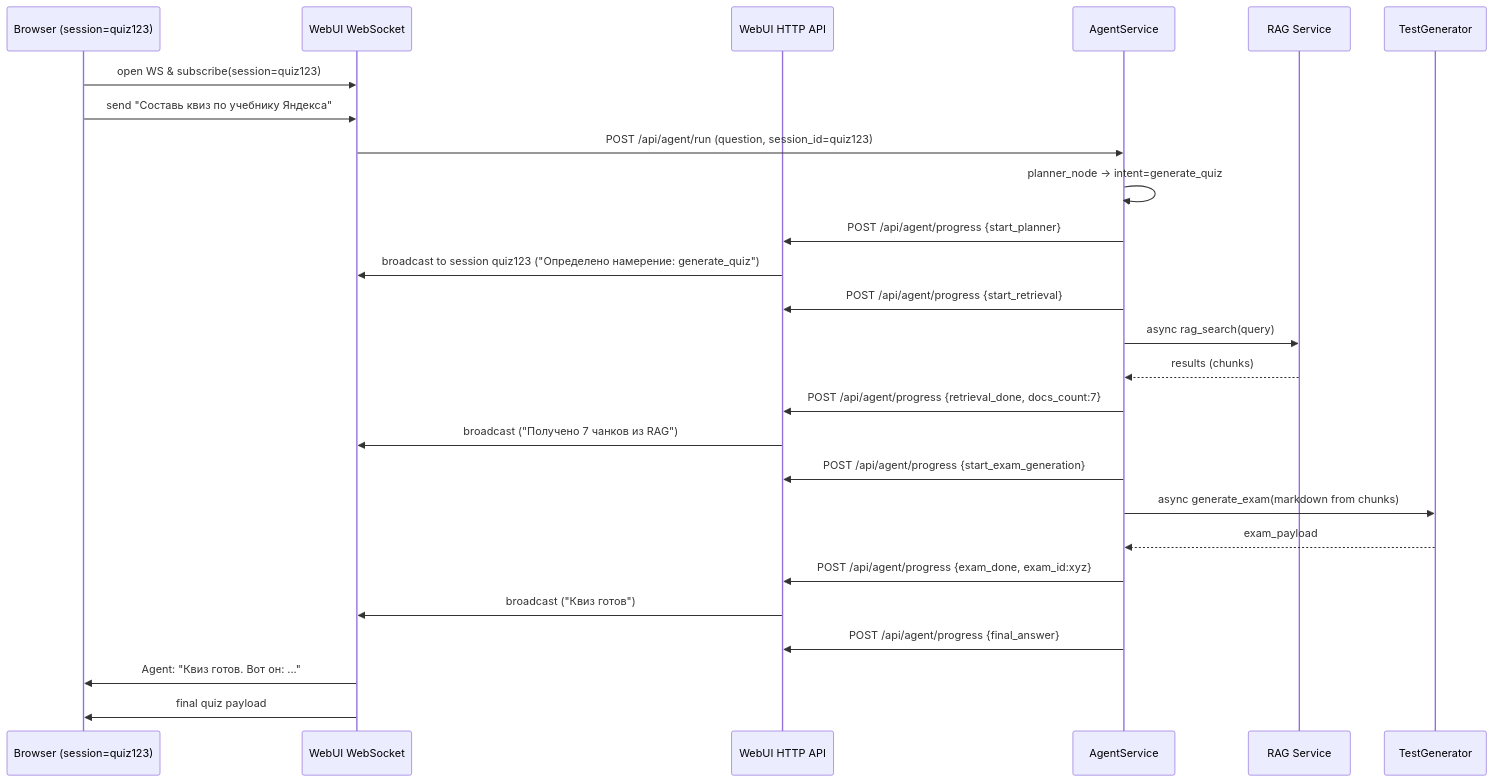
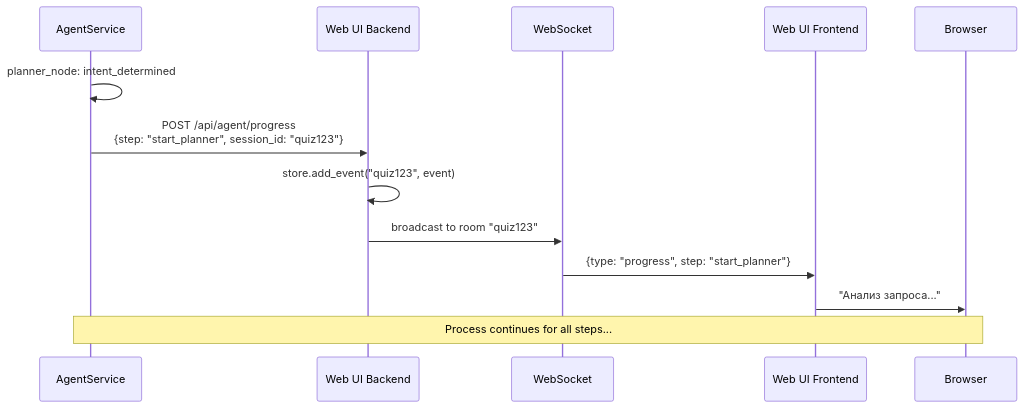
One commit to Lifelong-Learning-Assisttant/agent_service changed the second of 3 diagrams in plan/new_arhitecture.md. Above: the diagram before and after it, drawn with Mermaid. The commit also changed other lines of this file and 1 other file, not shown here.

First line of the commit message:
docs(architecture): переход к модульной архитектуре Web UI с разделением на Backend (FastAPI) и Frontend (NiceGUI).

````diff
--- a/plan/new_arhitecture.md
+++ b/plan/new_arhitecture.md
@@ -61,33 +65,19 @@
 ```mermaid
 sequenceDiagram
-  participant User as Browser (session=quiz123)
-  participant WS as WebUI WebSocket
-  participant WebAPI as WebUI HTTP API
-  participant Agent as AgentService
-  participant RAG as RAG Service
-  participant GEN as TestGenerator
+    participant Agent as AgentService
+    participant Backend as Web UI Backend
+    participant WS as WebSocket
+    participant Frontend as Web UI Frontend
+    participant User as Browser
 
-  User->>WS: open WS & subscribe(session=quiz123)
-  User->>WS: send "Составь квиз по учебнику Яндекса"
-  WS->>Agent: POST /api/agent/run (question, session_id=quiz123)
-
-  Agent->>Agent: planner_node -> intent=generate_quiz
-  Agent->>WebAPI: POST /api/agent/progress {start_planner}
-  WebAPI->>WS: broadcast to session quiz123 ("Определено намерение: generate_quiz")
-
-  Agent->>WebAPI: POST /api/agent/progress {start_retrieval}
-  Agent->>RAG: async rag_search(query)
-  RAG-->>Agent: results (chunks)
-  Agent->>WebAPI: POST /api/agent/progress {retrieval_done, docs_count:7}
-  WebAPI->>WS: broadcast ("Получено 7 чанков из RAG")
-
-  Agent->>WebAPI: POST /api/agent/progress {start_exam_generation}
-  Agent->>GEN: async generate_exam(markdown from chunks)
-  GEN-->>Agent: exam_payload
-  Agent->>WebAPI: POST /api/agent/progress {exam_done, exam_id:xyz}
-  WebAPI->>WS: broadcast ("Квиз готов")
-
-  Agent->>WebAPI: POST /api/agent/progress {final_answer}
-  WS->>User: Agent: "Квиз готов. Вот он: ..."
-  WS->>User: final quiz payload
+    Agent->>Agent: planner_node: intent_determined
+    Agent->>Backend: POST /api/agent/progress<br/>{step: "start_planner", session_id: "quiz123"}
+    
+    Backend->>Backend: store.add_event("quiz123", event)
+    Backend->>WS: broadcast to room "quiz123"
+    
+    WS->>Frontend: {type: "progress", step: "start_planner"}
+    Frontend->>User: "Анализ запроса..."
+    
+    Note over Agent,User: Process continues for all steps...
 ```
````
